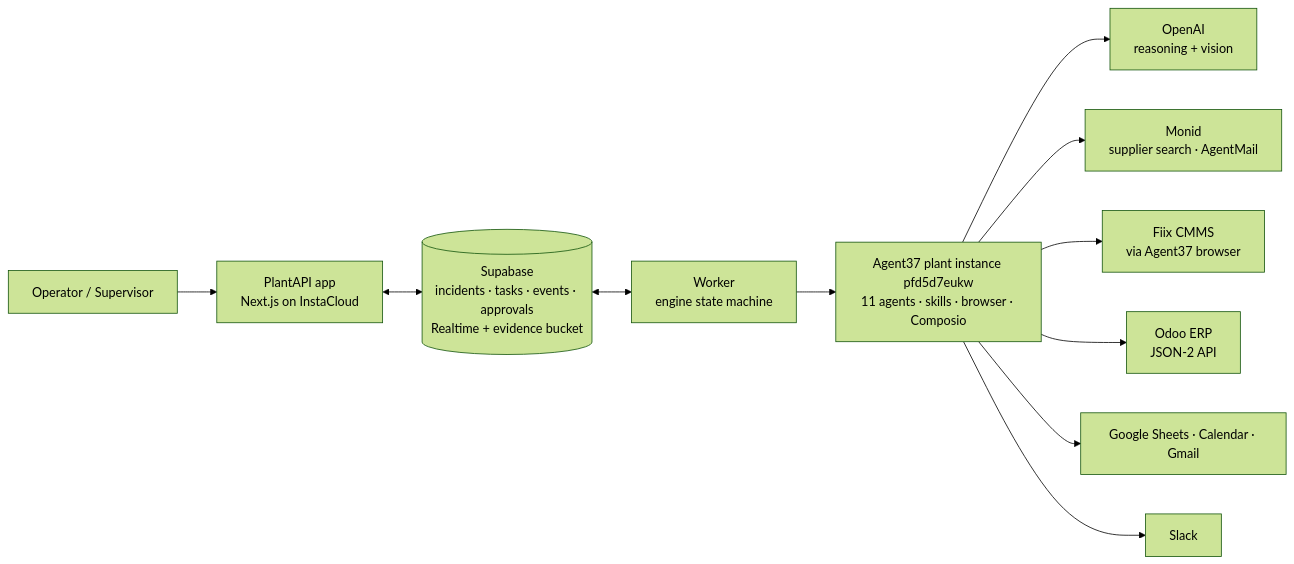
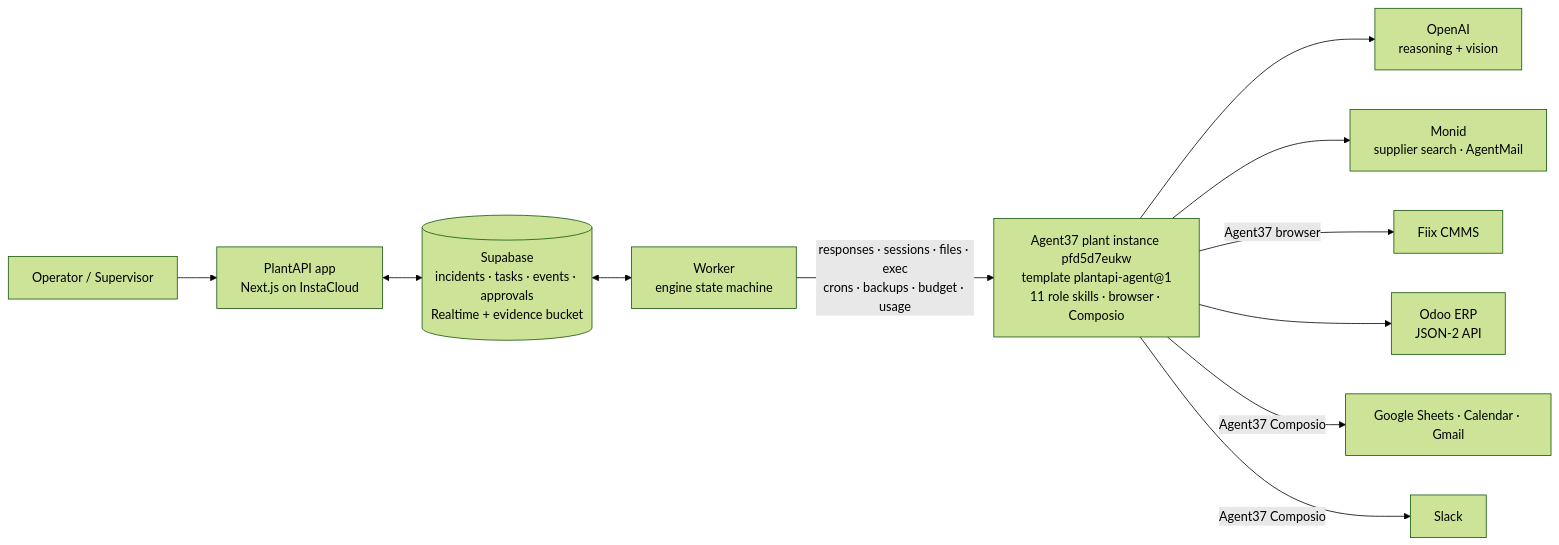
Before and after one commit to ali-amjad52114/plantAPI: the diagram in README.md, drawn with Mermaid (forest theme). The commit also changed other lines of this file and 1 other file, not shown here.

Commit message:
README: detailed sponsor integration map (Agent37 deep dive); pitch flow slide spacing

````diff
--- a/README.md
+++ b/README.md
@@ -55,13 +216,13 @@
 ```mermaid
 flowchart LR
   OP[Operator / Supervisor] --> APP[PlantAPI app<br/>Next.js on InstaCloud]
   APP <--> SB[(Supabase<br/>incidents · tasks · events · approvals<br/>Realtime + evidence bucket)]
   SB <--> W[Worker<br/>engine state machine]
-  W --> A37[Agent37 plant instance pfd5d7eukw<br/>11 agents · skills · browser · Composio]
+  W -->|responses · sessions · files · exec<br/>crons · backups · budget · usage| A37[Agent37 plant instance pfd5d7eukw<br/>template plantapi-agent@1<br/>11 role skills · browser · Composio]
   A37 --> OAI[OpenAI<br/>reasoning + vision]
   A37 --> MON[Monid<br/>supplier search · AgentMail]
-  A37 --> FIIX[Fiix CMMS<br/>via Agent37 browser]
+  A37 -->|Agent37 browser| FIIX[Fiix CMMS]
   A37 --> ODOO[Odoo ERP<br/>JSON-2 API]
-  A37 --> GOO[Google Sheets · Calendar · Gmail]
-  A37 --> SL[Slack]
+  A37 -->|Agent37 Composio| GOO[Google Sheets · Calendar · Gmail]
+  A37 -->|Agent37 Composio| SL[Slack]
 ```
````
